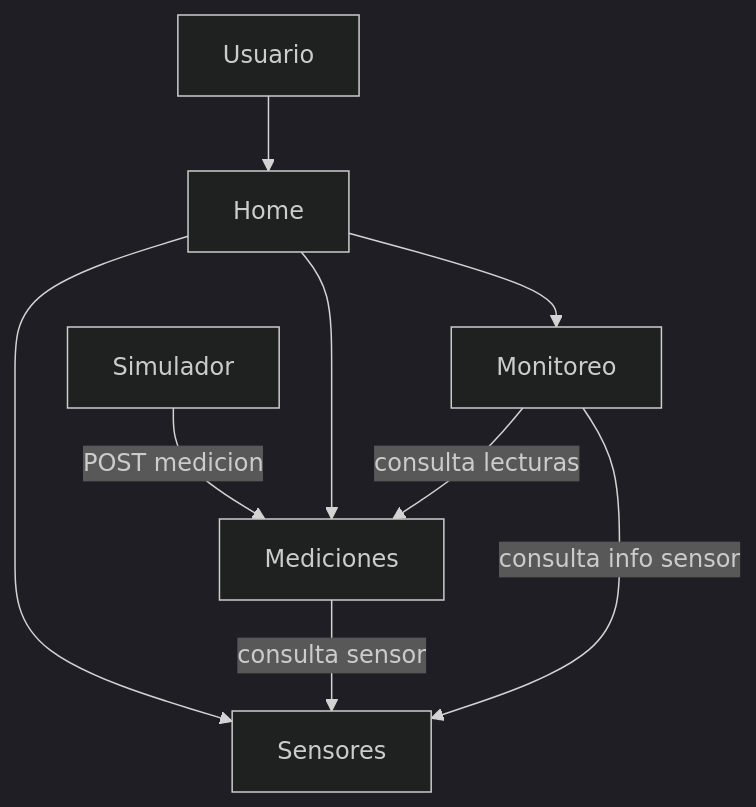
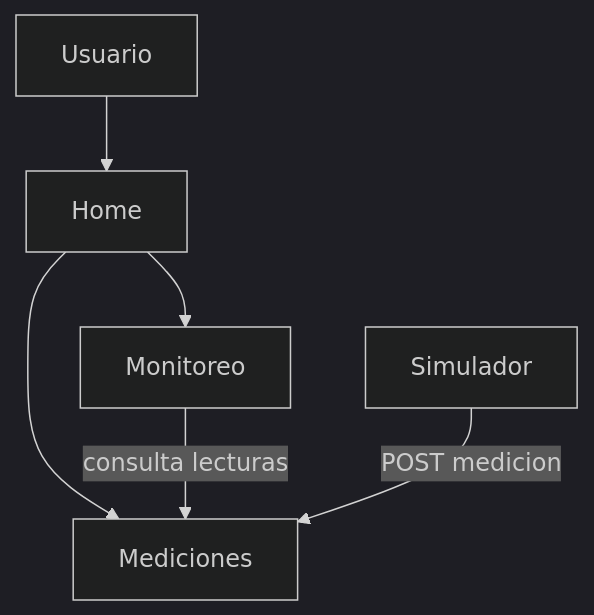
The diagram in docs/ARCHITECTURE.md (ngcddev/Sistema-Distribuido-de-Monitoreo-IoT-Simulado), drawn with Mermaid (dark theme) before and after one commit. The commit also changed other lines of this file, not shown here.

Commit message:
docs: actualizar arquitectura sin servicio sensores

````diff
--- a/docs/ARCHITECTURE.md
+++ b/docs/ARCHITECTURE.md
@@ -15,11 +14,8 @@
 ```mermaid
 flowchart TD
     U[Usuario] --> H[Home]
-    H --> S[Sensores]
     H --> M[Mediciones]
     H --> MO[Monitoreo]
-    M -- consulta sensor --> S
     MO -- consulta lecturas --> M
-    MO -- consulta info sensor --> S
     SIM[Simulador] -- POST medicion --> M
 ```
````
